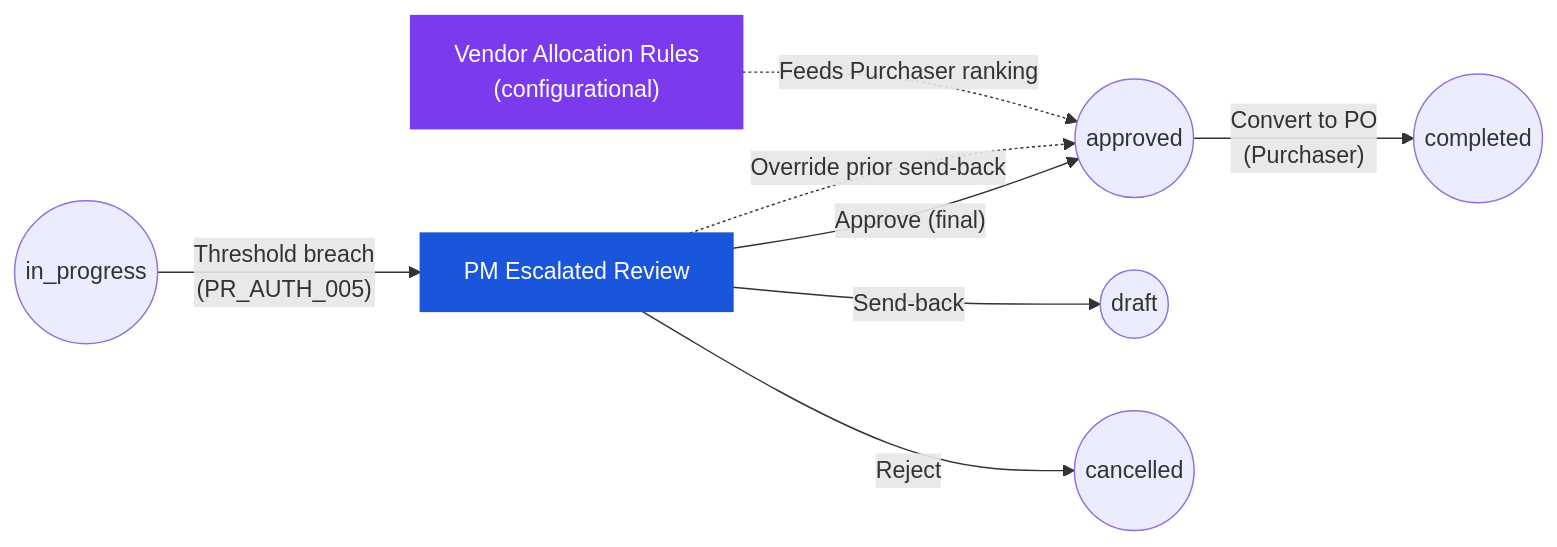
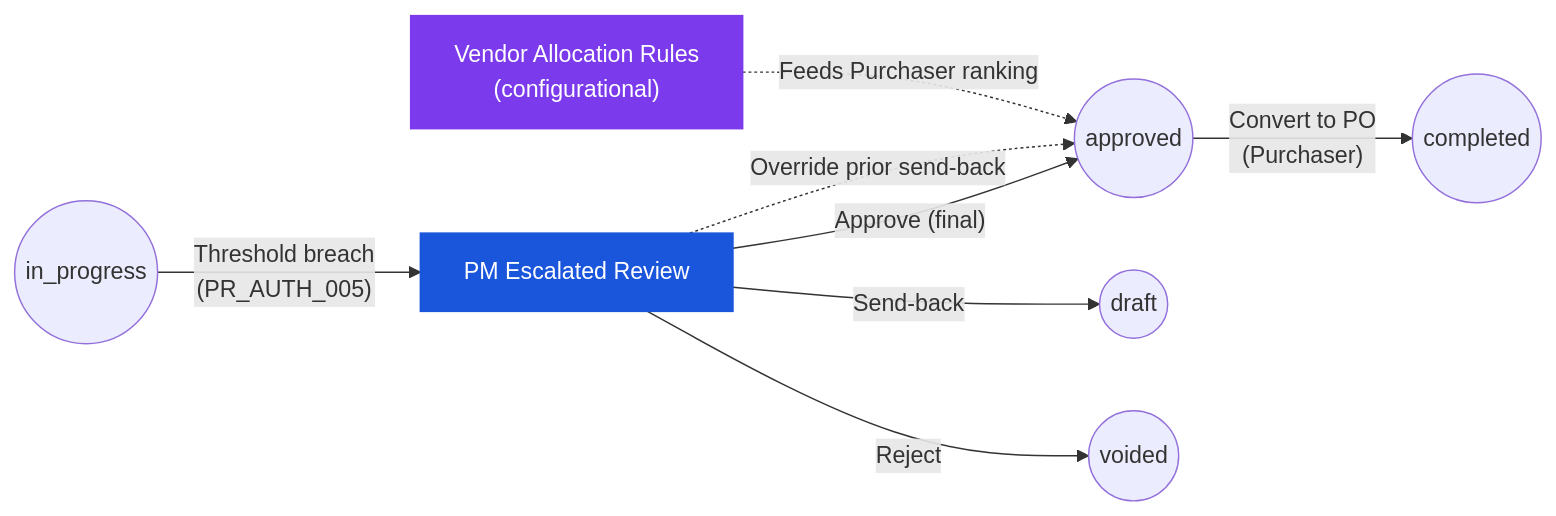
One commit to CarmenSoftware-organization/carmen-wiki changed the diagram in en/inventory/purchase-request/03-user-flow-procurement-manager.md. Above: the diagram before and after it, drawn with Mermaid. The commit also changed other lines of this file and 67 other files, not shown here.

First line of the commit message:
docs(enums): sync wiki with tenant Prisma schema 2026-05-19 batch

````diff
--- a/en/inventory/purchase-request/03-user-flow-procurement-manager.md
+++ b/en/inventory/purchase-request/03-user-flow-procurement-manager.md
@@ -23,12 +23,12 @@
 ```mermaid
 graph LR
     inprog(("in_progress")) -->|"Threshold breach<br/>(PR_AUTH_005)"| pm["PM Escalated Review"]:::current
     pm -->|"Approve (final)"| approved(("approved"))
     pm -->|"Send-back"| draft(("draft"))
-    pm -->|"Reject"| cancelled(("cancelled"))
+    pm -->|"Reject"| voided(("voided"))
     approved -->|"Convert to PO<br/>(Purchaser)"| completed(("completed"))
     pm -.->|"Override prior send-back"| approved
     cfg["Vendor Allocation Rules<br/>(configurational)"]:::current2 -.->|"Feeds Purchaser ranking"| approved
     classDef current fill:#1a56db,color:#fff,stroke:#1a56db;
     classDef current2 fill:#7c3aed,color:#fff,stroke:#7c3aed;
 ```
````
